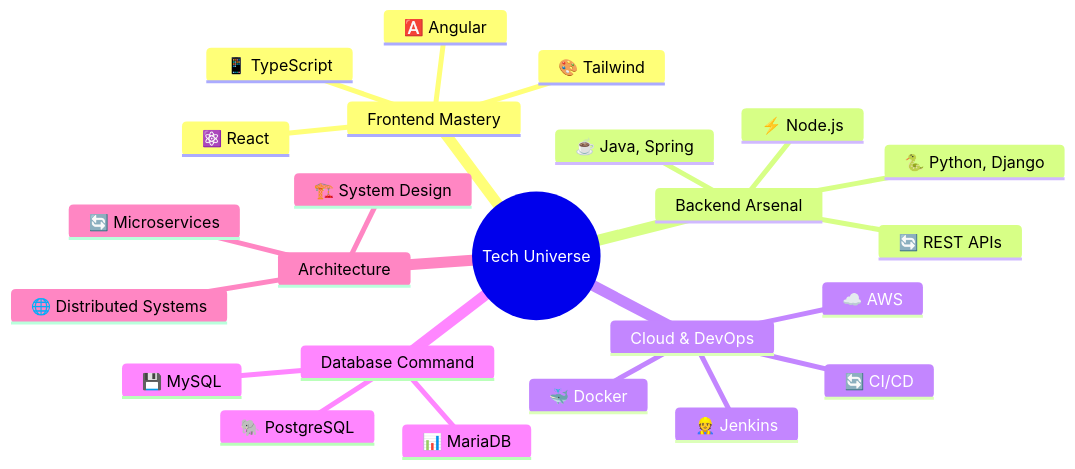
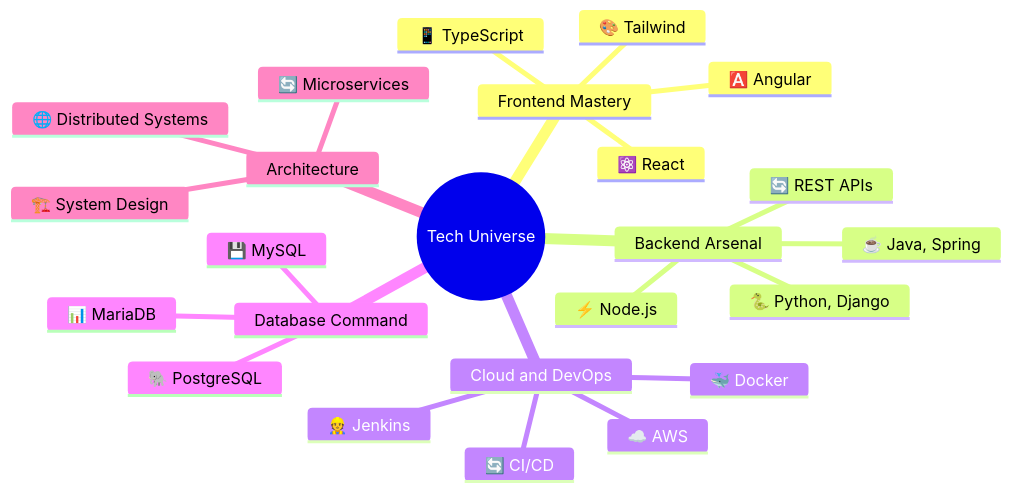
Before and after one commit to Pranith-21/Pranith-21: the diagram in README.md, drawn with Mermaid.

````diff
--- a/README.md
+++ b/README.md
@@ -22,27 +22,27 @@
 ```mermaid
 mindmap
   root((Tech Universe))
     Frontend Mastery
       ⚛️ React
       🅰️ Angular
       📱 TypeScript
       🎨 Tailwind
     Backend Arsenal
       ☕ Java, Spring
       🐍 Python, Django
       ⚡ Node.js
       🔄 REST APIs
-    Cloud & DevOps
+    Cloud and DevOps
       ☁️ AWS
       🐳 Docker
       🔄 CI/CD
       👷 Jenkins
     Database Command
       💾 MySQL
       🐘 PostgreSQL
       📊 MariaDB
     Architecture
       🏗️ System Design
       🔄 Microservices
       🌐 Distributed Systems
 ```
````
